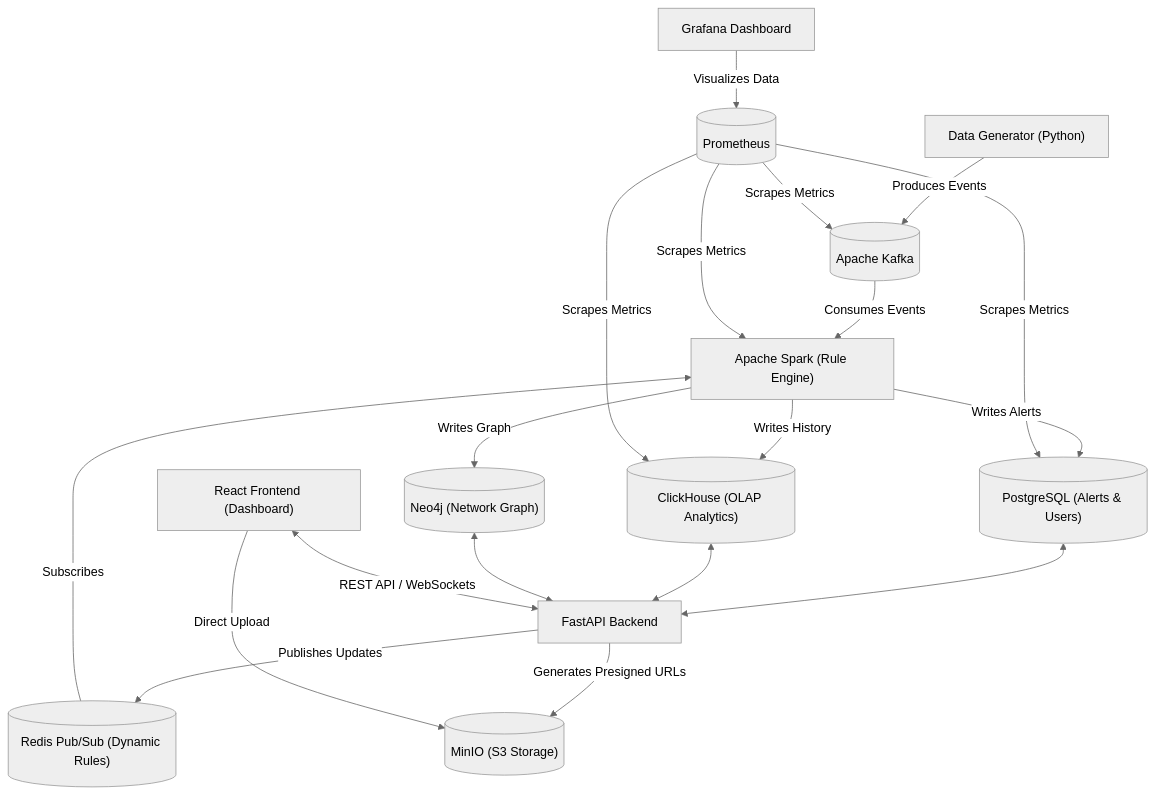
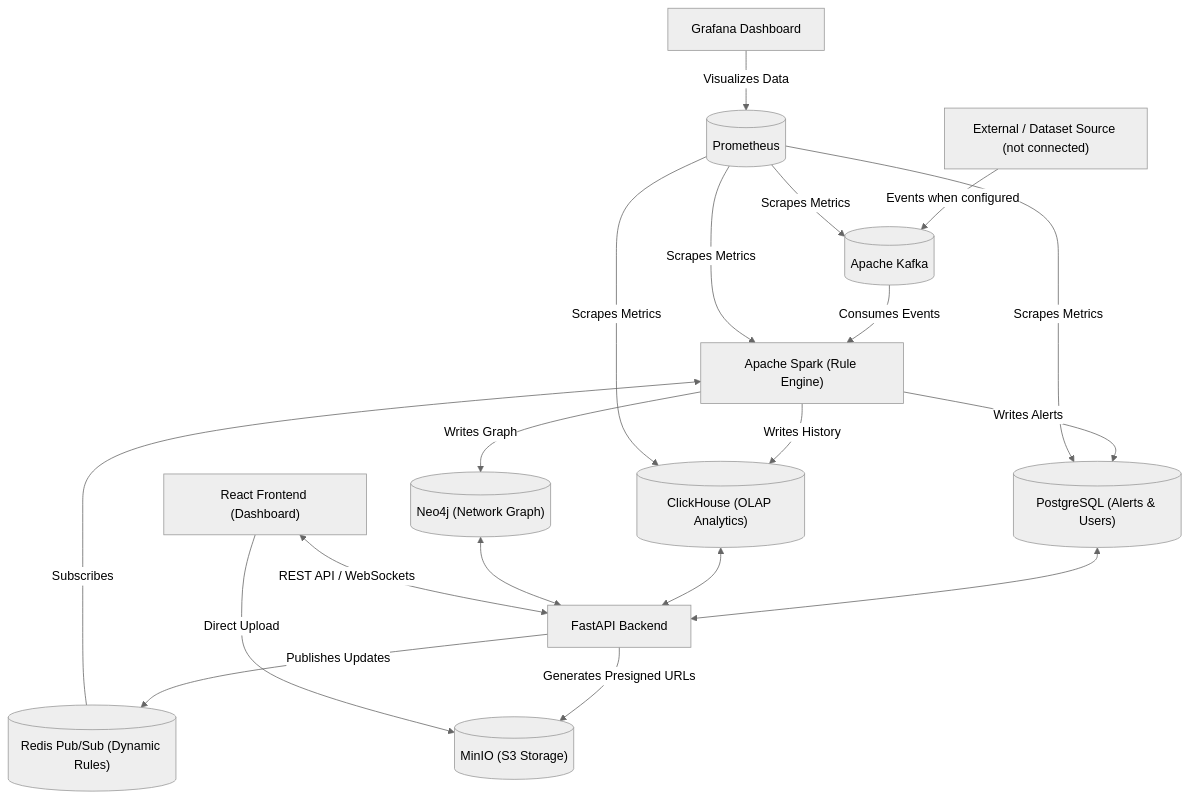
The diagram in README.md (hquan07/banking_data_platform), drawn with Mermaid (neutral theme) before and after one commit. The commit also changed other lines of this file and 45 other files, not shown here.

````diff
--- a/README.md
+++ b/README.md
@@ -27,32 +27,32 @@
 ```mermaid
 graph TD
     %% Define Nodes
-    Gen["Data Generator (Python)"] -->|Produces Events| Kafka[("Apache Kafka")]
+    Source["External / Dataset Source (not connected)"] -->|Events when configured| Kafka[("Apache Kafka")]
     Kafka -->|Consumes Events| Spark["Apache Spark (Rule Engine)"]
     
     %% Databases
     Spark -->|Writes Alerts| Postgres[("PostgreSQL (Alerts & Users)")]
     Spark -->|Writes History| ClickHouse[("ClickHouse (OLAP Analytics)")]
     Spark -->|Writes Graph| Neo4j[("Neo4j (Network Graph)")]
     
     %% Backend
     Postgres <--> Backend["FastAPI Backend"]
     ClickHouse <--> Backend
     Neo4j <--> Backend
     
     %% Dynamic Rules
     Backend -->|Publishes Updates| Redis[("Redis Pub/Sub (Dynamic Rules)")]
     Redis -->|Subscribes| Spark
     
     %% Storage
     Backend -->|Generates Presigned URLs| MinIO[("MinIO (S3 Storage)")]
     Frontend["React Frontend (Dashboard)"] <-->|REST API / WebSockets| Backend
     Frontend -->|Direct Upload| MinIO
     
     %% Monitoring
     Prometheus[("Prometheus")] -->|Scrapes Metrics| Kafka
     Prometheus -->|Scrapes Metrics| Spark
     Prometheus -->|Scrapes Metrics| Postgres
     Prometheus -->|Scrapes Metrics| ClickHouse
     Grafana["Grafana Dashboard"] -->|Visualizes Data| Prometheus
 ```
````
